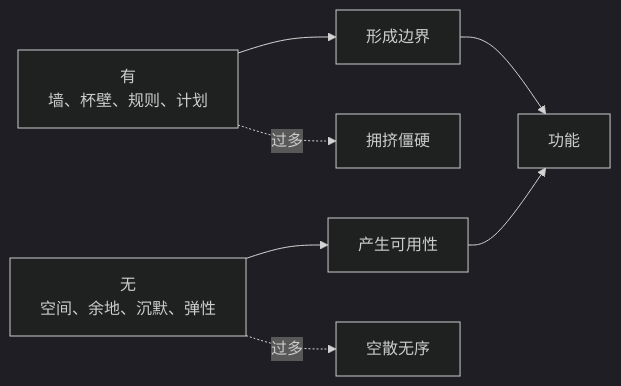
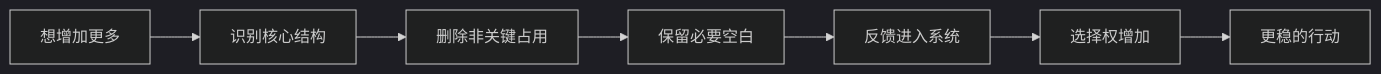
The third of 3 diagrams in 202605/20260518_38.md (digoal/blog), drawn with Mermaid (dark theme) before and after one commit. The commit also changed other lines of this file and 26 other files, not shown here.

````diff
--- a/202605/20260518_38.md
+++ b/202605/20260518_38.md
@@ -21,9 +205,9 @@
 ```mermaid
 flowchart LR
-  A["有<br/>墙、杯壁、规则、计划"] --> C["形成边界"]
-  B["无<br/>空间、余地、沉默、弹性"] --> D["产生可用性"]
-  C --> E["功能"]
-  D --> E
-  A -. "过多" .-> F["拥挤僵硬"]
-  B -. "过多" .-> G["空散无序"]
+  A["想增加更多"] --> B["识别核心结构"]
+  B --> C["删除非关键占用"]
+  C --> D["保留必要空白"]
+  D --> E["反馈进入系统"]
+  E --> F["选择权增加"]
+  F --> G["更稳的行动"]
 ```
````
